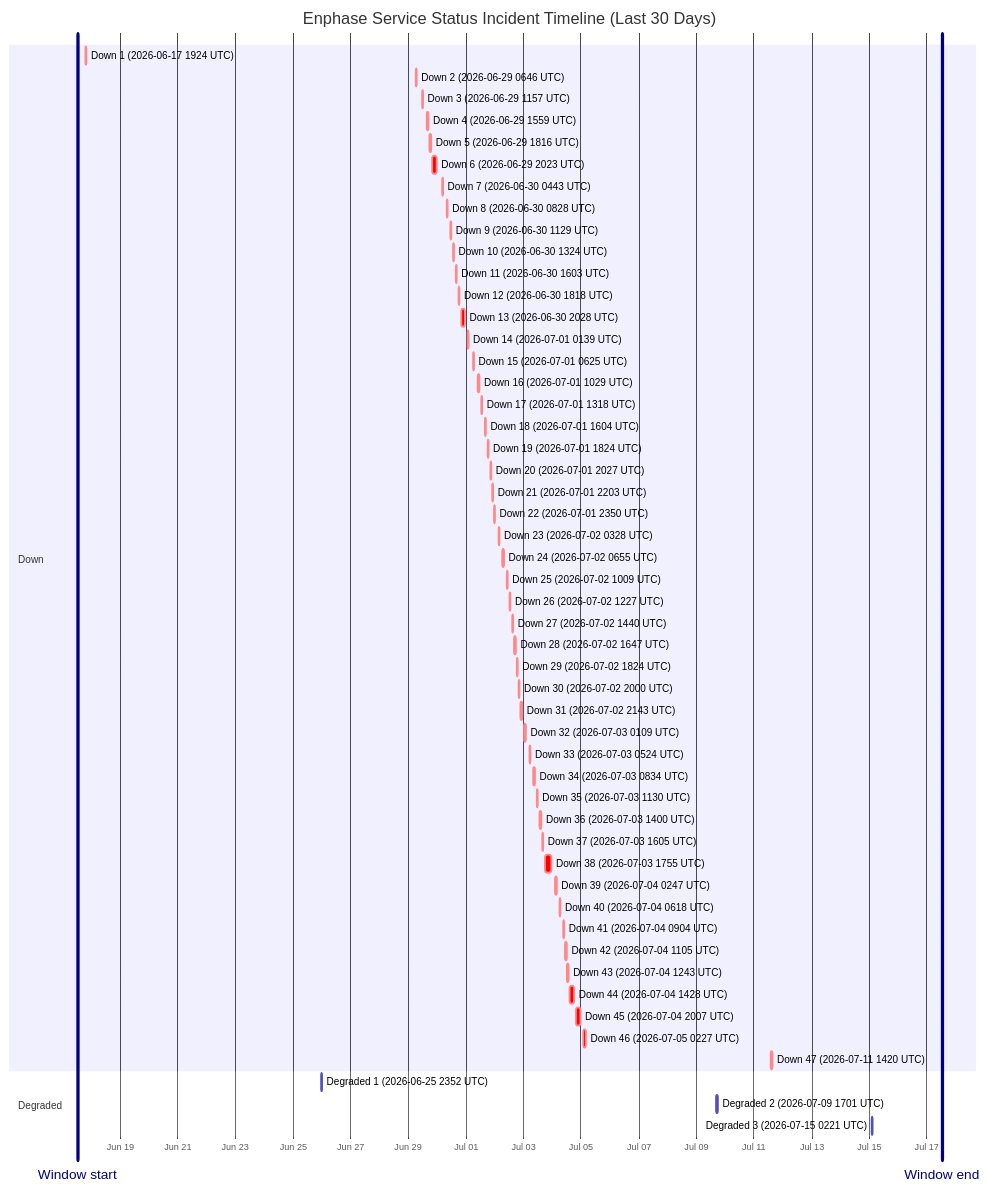
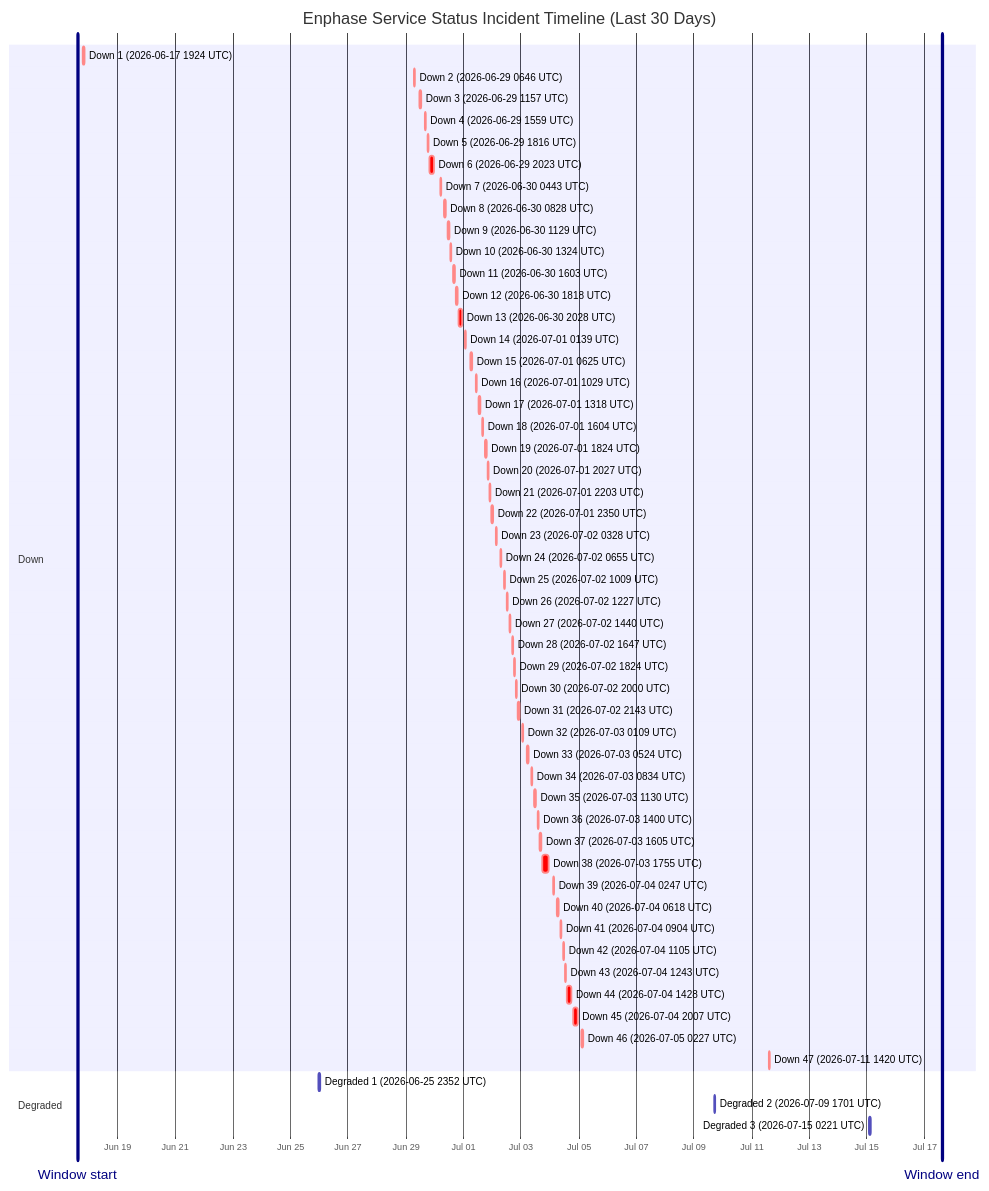
One commit to barneyonline/ha-enphase-energy changed the diagram in wiki/Service-Status-History.md. Above: the diagram before and after it, drawn with Mermaid. The commit also changed other lines of this file and 3 other files, not shown here.

````diff
--- a/wiki/Service-Status-History.md
+++ b/wiki/Service-Status-History.md
@@ -14,60 +14,60 @@
 ```mermaid
 gantt
     title Enphase Service Status Incident Timeline (Last 30 Days)
     dateFormat  YYYY-MM-DDTHH:mm:ss
     axisFormat  %b %d
-    Window start :vert, window-start, 2026-06-17T12:42:08, 0ms
-    Window end :vert, window-end, 2026-07-17T12:42:08, 0ms
+    Window start :vert, window-start, 2026-06-17T14:42:36, 0ms
+    Window end :vert, window-end, 2026-07-17T14:42:36, 0ms
     section Down
     Down 1 (2026-06-17 1924 UTC) :crit, down-1, 2026-06-17T19:24:51, 60m
     Down 2 (2026-06-29 0646 UTC) :crit, down-2, 2026-06-29T06:46:18, 60m
     Down 3 (2026-06-29 1157 UTC) :crit, down-3, 2026-06-29T11:57:36, 60m
     Down 4 (2026-06-29 1559 UTC) :crit, down-4, 2026-06-29T15:59:02, 60m
     Down 5 (2026-06-29 1816 UTC) :crit, down-5, 2026-06-29T18:16:38, 60m
     Down 6 (2026-06-29 2023 UTC) :crit, down-6, 2026-06-29T20:23:16, 220m
     Down 7 (2026-06-30 0443 UTC) :crit, down-7, 2026-06-30T04:43:54, 60m
     Down 8 (2026-06-30 0828 UTC) :crit, down-8, 2026-06-30T08:28:43, 60m
     Down 9 (2026-06-30 1129 UTC) :crit, down-9, 2026-06-30T11:29:15, 60m
     Down 10 (2026-06-30 1324 UTC) :crit, down-10, 2026-06-30T13:24:25, 60m
     Down 11 (2026-06-30 1603 UTC) :crit, down-11, 2026-06-30T16:03:26, 60m
     Down 12 (2026-06-30 1818 UTC) :crit, down-12, 2026-06-30T18:18:39, 60m
     Down 13 (2026-06-30 2028 UTC) :crit, down-13, 2026-06-30T20:28:54, 171m
     Down 14 (2026-07-01 0139 UTC) :crit, down-14, 2026-07-01T01:39:18, 60m
     Down 15 (2026-07-01 0625 UTC) :crit, down-15, 2026-07-01T06:25:35, 60m
     Down 16 (2026-07-01 1029 UTC) :crit, down-16, 2026-07-01T10:29:24, 60m
     Down 17 (2026-07-01 1318 UTC) :crit, down-17, 2026-07-01T13:18:31, 60m
     Down 18 (2026-07-01 1604 UTC) :crit, down-18, 2026-07-01T16:04:29, 60m
     Down 19 (2026-07-01 1824 UTC) :crit, down-19, 2026-07-01T18:24:21, 60m
     Down 20 (2026-07-01 2027 UTC) :crit, down-20, 2026-07-01T20:27:17, 60m
     Down 21 (2026-07-01 2203 UTC) :crit, down-21, 2026-07-01T22:03:46, 60m
     Down 22 (2026-07-01 2350 UTC) :crit, down-22, 2026-07-01T23:50:52, 60m
     Down 23 (2026-07-02 0328 UTC) :crit, down-23, 2026-07-02T03:28:33, 60m
     Down 24 (2026-07-02 0655 UTC) :crit, down-24, 2026-07-02T06:55:07, 60m
     Down 25 (2026-07-02 1009 UTC) :crit, down-25, 2026-07-02T10:09:15, 60m
     Down 26 (2026-07-02 1227 UTC) :crit, down-26, 2026-07-02T12:27:49, 60m
     Down 27 (2026-07-02 1440 UTC) :crit, down-27, 2026-07-02T14:40:53, 60m
     Down 28 (2026-07-02 1647 UTC) :crit, down-28, 2026-07-02T16:47:47, 60m
     Down 29 (2026-07-02 1824 UTC) :crit, down-29, 2026-07-02T18:24:26, 60m
     Down 30 (2026-07-02 2000 UTC) :crit, down-30, 2026-07-02T20:00:57, 60m
     Down 31 (2026-07-02 2143 UTC) :crit, down-31, 2026-07-02T21:43:52, 80m
     Down 32 (2026-07-03 0109 UTC) :crit, down-32, 2026-07-03T01:09:19, 60m
     Down 33 (2026-07-03 0524 UTC) :crit, down-33, 2026-07-03T05:24:23, 60m
     Down 34 (2026-07-03 0834 UTC) :crit, down-34, 2026-07-03T08:34:05, 60m
     Down 35 (2026-07-03 1130 UTC) :crit, down-35, 2026-07-03T11:30:41, 60m
     Down 36 (2026-07-03 1400 UTC) :crit, down-36, 2026-07-03T14:00:48, 60m
     Down 37 (2026-07-03 1605 UTC) :crit, down-37, 2026-07-03T16:05:49, 60m
     Down 38 (2026-07-03 1755 UTC) :crit, down-38, 2026-07-03T17:55:54, 338m
     Down 39 (2026-07-04 0247 UTC) :crit, down-39, 2026-07-04T02:47:22, 60m
     Down 40 (2026-07-04 0618 UTC) :crit, down-40, 2026-07-04T06:18:09, 60m
     Down 41 (2026-07-04 0904 UTC) :crit, down-41, 2026-07-04T09:04:41, 60m
     Down 42 (2026-07-04 1105 UTC) :crit, down-42, 2026-07-04T11:05:21, 60m
     Down 43 (2026-07-04 1243 UTC) :crit, down-43, 2026-07-04T12:43:25, 60m
     Down 44 (2026-07-04 1428 UTC) :crit, down-44, 2026-07-04T14:28:07, 243m
     Down 45 (2026-07-04 2007 UTC) :crit, down-45, 2026-07-04T20:07:50, 206m
     Down 46 (2026-07-05 0227 UTC) :crit, down-46, 2026-07-05T02:27:32, 109m
     Down 47 (2026-07-11 1420 UTC) :crit, down-47, 2026-07-11T14:20:54, 69m
     section Degraded
     Degraded 1 (2026-06-25 2352 UTC) :active, degraded-1, 2026-06-25T23:52:01, 60m
     Degraded 2 (2026-07-09 1701 UTC) :active, degraded-2, 2026-07-09T17:01:02, 60m
     Degraded 3 (2026-07-15 0221 UTC) :active, degraded-3, 2026-07-15T02:21:35, 60m
 ```
````
